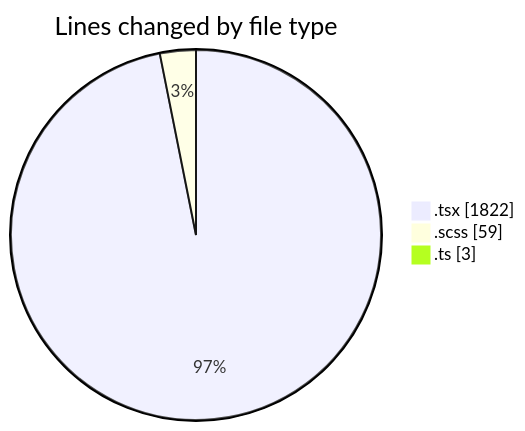
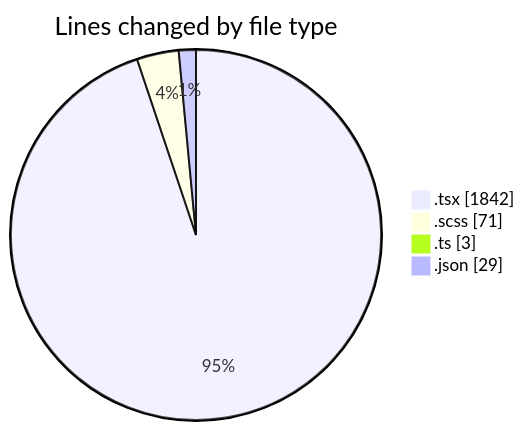
The first of 2 diagrams in 2026-09-04/cda/README.md (momahboobian/code-tracking), drawn with Mermaid before and after one commit. The commit also changed other lines of this file and 1 other file, not shown here.

````diff
--- a/2026-09-04/cda/README.md
+++ b/2026-09-04/cda/README.md
@@ -36,7 +39,8 @@
 ```mermaid
 pie showData
 title Lines changed by file type
-".tsx" : 1822
-".scss" : 59
+".tsx" : 1842
+".scss" : 71
 ".ts" : 3
+".json" : 29
 ```
````
